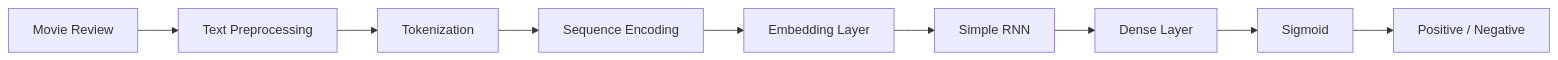
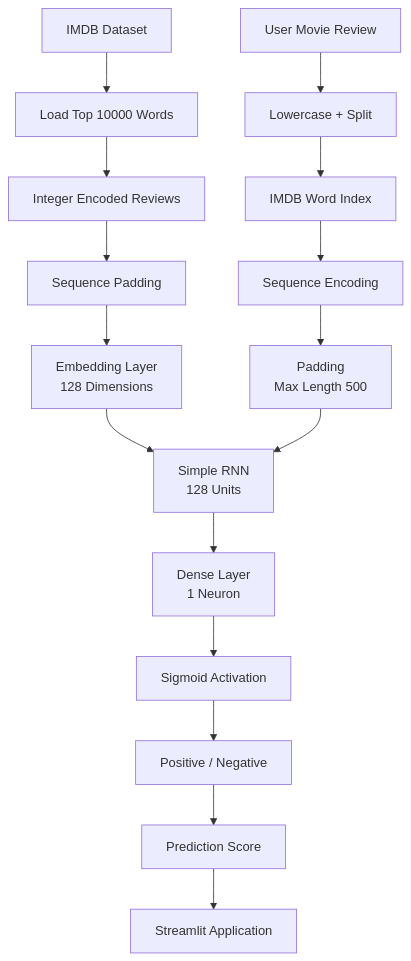
The diagram in README.md (24f2006816/NLP-RNN-PROJECT), drawn with Mermaid before and after one commit. The commit also changed other lines of this file, not shown here.

````diff
--- a/README.md
+++ b/README.md
@@ -75,11 +63,20 @@
 ```mermaid
-flowchart LR
-    A[Movie Review] --> B[Text Preprocessing]
-    B --> C[Tokenization]
-    C --> D[Sequence Encoding]
-    D --> E[Embedding Layer]
-    E --> F[Simple RNN]
-    F --> G[Dense Layer]
-    G --> H[Sigmoid]
+flowchart TD
+    A[IMDB Dataset] --> B[Load Top 10000 Words]
+    B --> C[Integer Encoded Reviews]
+    C --> D[Sequence Padding]
+    D --> E[Embedding Layer<br/>128 Dimensions]
+    E --> F[Simple RNN<br/>128 Units]
+    F --> G[Dense Layer<br/>1 Neuron]
+    G --> H[Sigmoid Activation]
     H --> I[Positive / Negative]
+    I --> J[Prediction Score]
+
+    K[User Movie Review] --> L[Lowercase + Split]
+    L --> M[IMDB Word Index]
+    M --> N[Sequence Encoding]
+    N --> O[Padding<br/>Max Length 500]
+    O --> F
+
+    J --> P[Streamlit Application]
 ```
````
